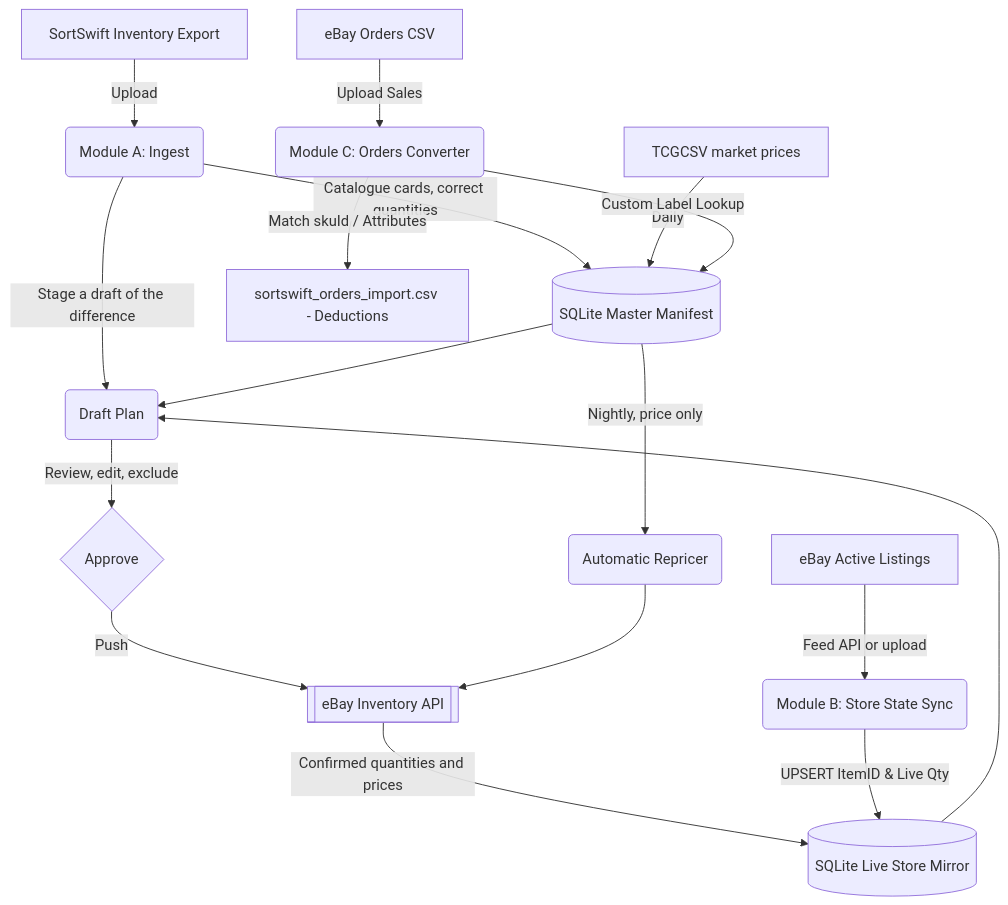
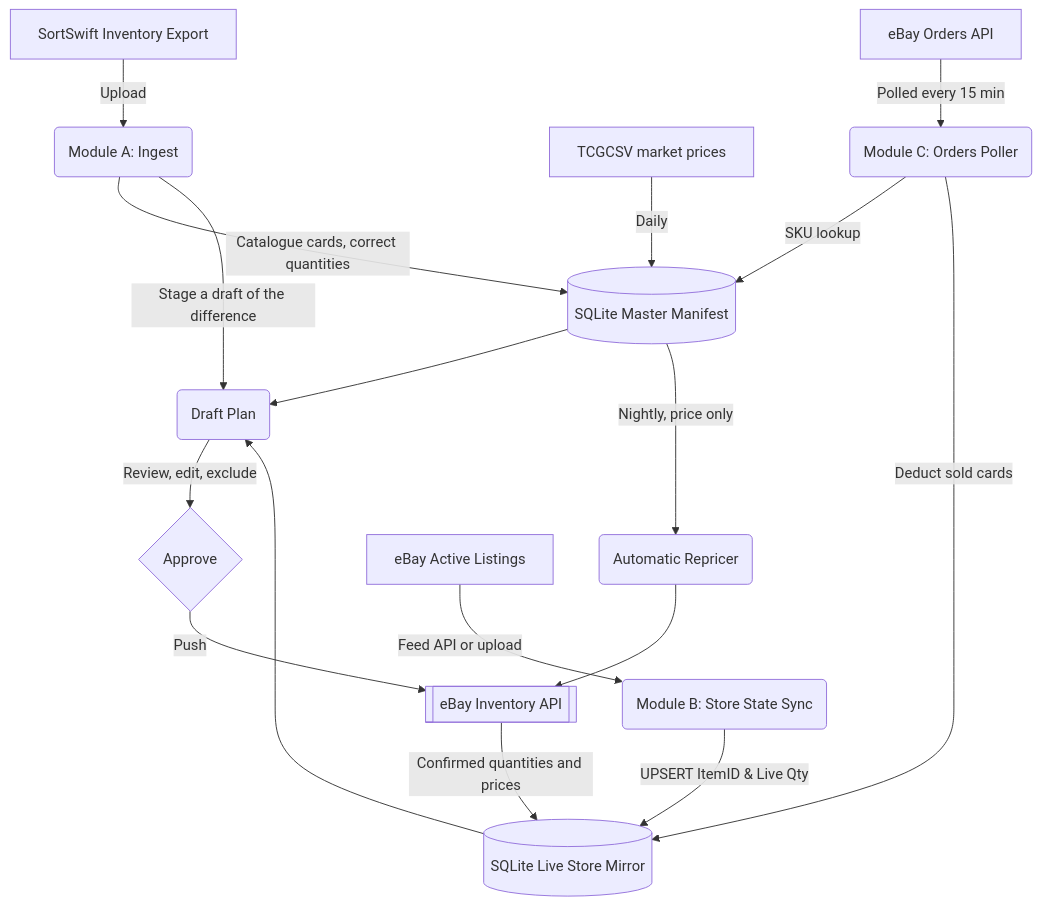
Before and after one commit to mrhappyasthma/TCG-Inventory-Middleware: the diagram in README.md, drawn with Mermaid. The commit also changed other lines of this file and 11 other files, not shown here.

````diff
--- a/README.md
+++ b/README.md
@@ -11,22 +11,22 @@
 ```mermaid
 graph TD
     A[SortSwift Inventory Export] -->|Upload| B(Module A: Ingest)
     B -->|Catalogue cards, correct quantities| C[(SQLite Master Manifest)]
     B -->|Stage a draft of the difference| P(Draft Plan)
     C --> P
     D[(SQLite Live Store Mirror)] --> P
     P -->|Review, edit, exclude| Q{Approve}
     Q -->|Push| R[[eBay Inventory API]]
     R -->|Confirmed quantities and prices| D
 
     S[TCGCSV market prices] -->|Daily| C
     C -->|Nightly, price only| T(Automatic Repricer)
     T --> R
 
-    G[eBay Orders CSV] -->|Upload Sales| H(Module C: Orders Converter)
-    H -->|Custom Label Lookup| C
-    H -->|Match skuId / Attributes| I[sortswift_orders_import.csv - Deductions]
+    G[eBay Orders API] -->|Polled every 15 min| H(Module C: Orders Poller)
+    H -->|SKU lookup| C
+    H -->|Deduct sold cards| D
 
     J[eBay Active Listings] -->|Feed API or upload| K(Module B: Store State Sync)
     K -->|UPSERT ItemID & Live Qty| D
 ```
````
